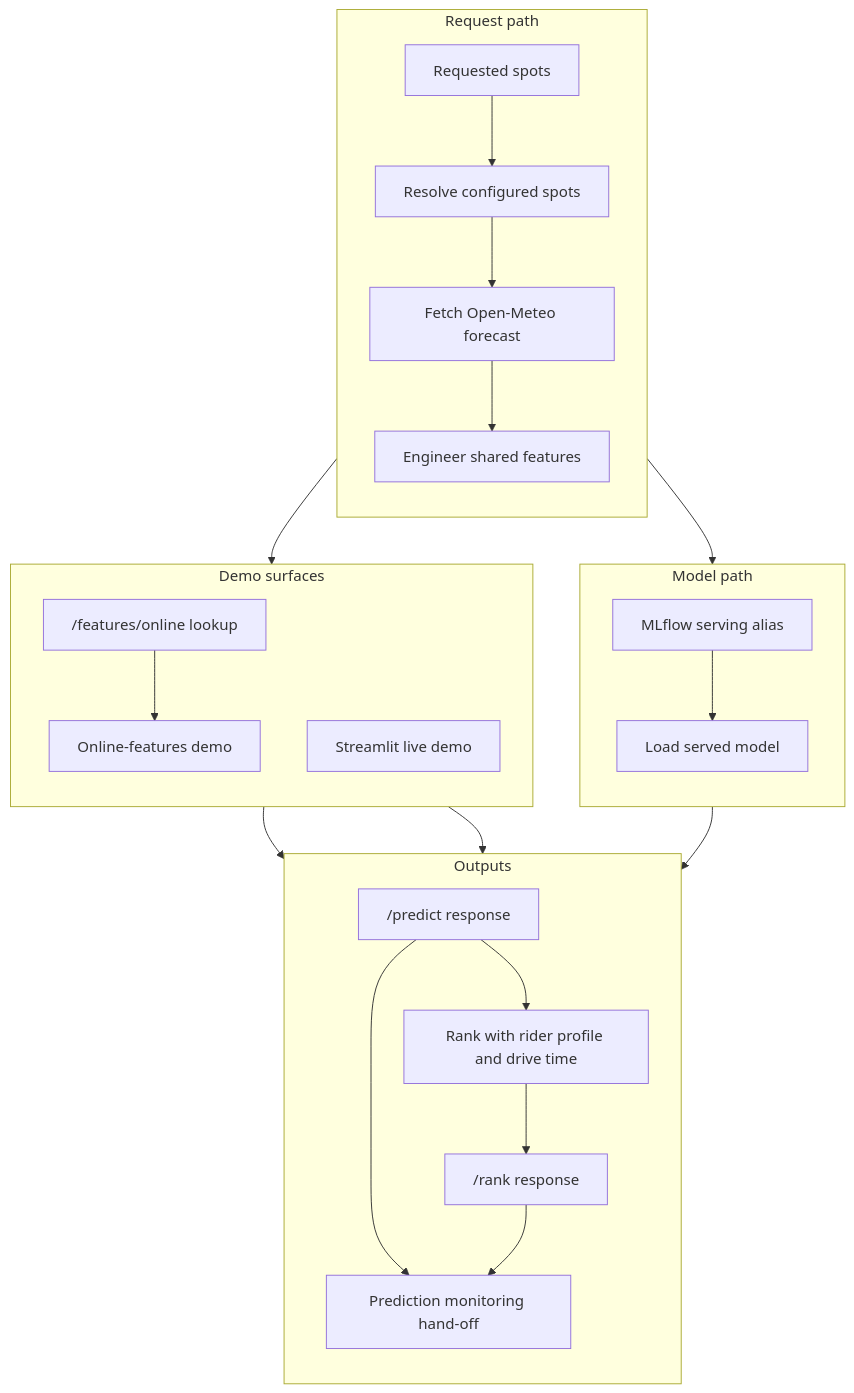
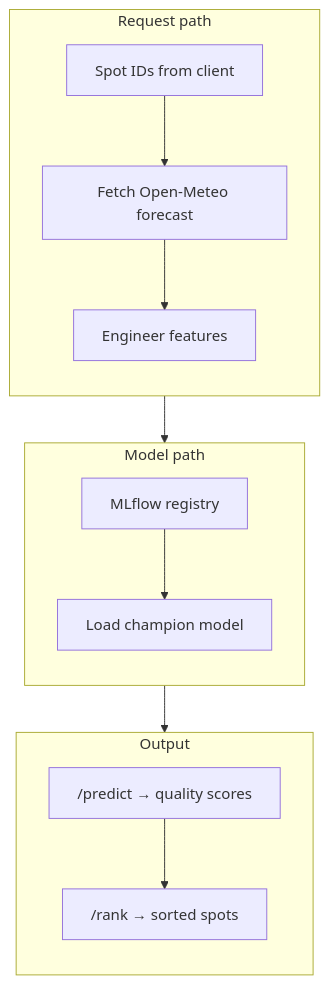
Before and after one commit to javihslu/foehncast: the diagram in docs/site/system/inference-pipeline.md, drawn with Mermaid. The commit also changed other lines of this file and 12 other files, not shown here.

```diff
--- a/docs/site/system/inference-pipeline.md
+++ b/docs/site/system/inference-pipeline.md
@@ -15,43 +7,26 @@
 <div class="mermaid">
 flowchart TD
-    subgraph RequestPath ["Request path"]
+    subgraph Request ["Request path"]
         direction TB
-        REQ["Requested spots"]
-        RES["Resolve configured spots"]
+        REQ["Spot IDs from client"]
         WX["Fetch Open-Meteo forecast"]
-        ENG["Engineer shared features"]
-        REQ --> RES --> WX --> ENG
+        ENG["Engineer features"]
+        REQ --> WX --> ENG
     end
 
-    subgraph ModelPath ["Model path"]
+    subgraph Model ["Model path"]
         direction TB
-        REG["MLflow serving alias"]
-        MOD["Load served model"]
+        REG["MLflow registry"]
+        MOD["Load champion model"]
         REG --> MOD
     end
 
-    subgraph OutputPath ["Outputs"]
+    subgraph Output ["Output"]
         direction TB
-        PRE["/predict response"]
-        RNK["Rank with rider profile and drive time"]
-        OUT["/rank response"]
-        MON["Prediction monitoring hand-off"]
-        PRE --> RNK --> OUT
+        PRE["/predict → quality scores"]
+        RNK["/rank → sorted spots"]
+        PRE --> RNK
     end
 
-    subgraph OptionalPath ["Demo surfaces"]
-        direction TB
-        ONL["/features/online lookup"]
-        DEMO["Online-features demo"]
-        DASH["Streamlit live demo"]
-        ONL --> DEMO
-    end
-
-    ENG --> MOD
-    MOD --> PRE
-    RES --> ONL
-    DASH --> PRE
-    DASH --> OUT
-    PRE --> MON
-    OUT --> MON
+    ENG --> MOD --> PRE
 </div>
```
